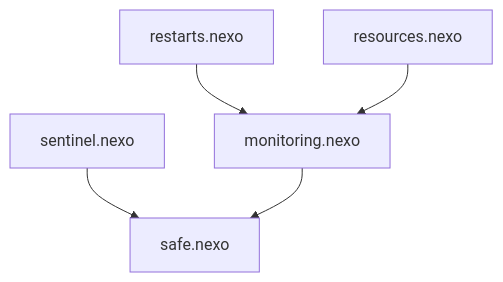
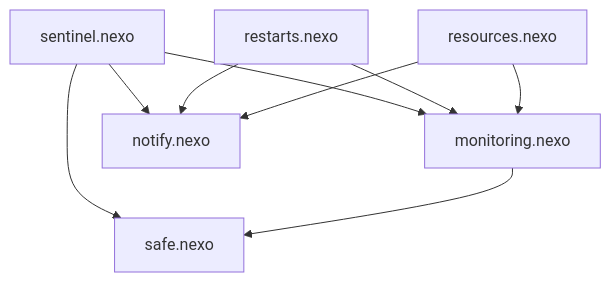
The second of 3 diagrams in examples/sentinel/ARCHITECTURE.md (marcrabadan/nexo), drawn with Mermaid before and after one commit. The commit also changed other lines of this file and 13 other files, not shown here.

````diff
--- a/examples/sentinel/ARCHITECTURE.md
+++ b/examples/sentinel/ARCHITECTURE.md
@@ -34,7 +39,11 @@
 ```mermaid
 flowchart TD
     sentinel.nexo --> safe.nexo
+    sentinel.nexo --> monitoring.nexo
+    sentinel.nexo --> notify.nexo
+    restarts.nexo --> notify.nexo
+    resources.nexo --> notify.nexo
     restarts.nexo --> monitoring.nexo
     resources.nexo --> monitoring.nexo
     monitoring.nexo --> safe.nexo
 ```
````
